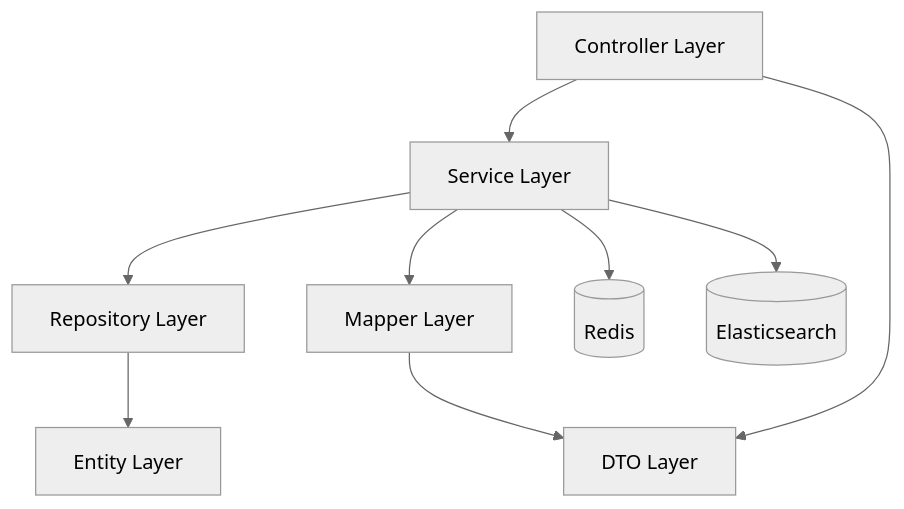
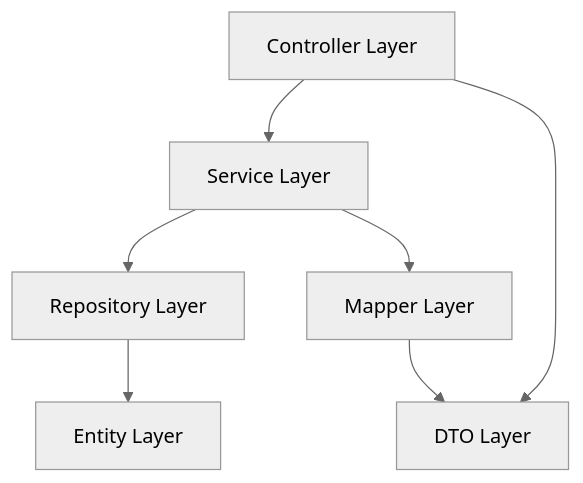
The second of 4 diagrams in README_IDATT2105_Semesterprosjekt2025.md (ntnu-blackandbrown/clozet), drawn with Mermaid (neutral theme) before and after one commit. The commit also changed other lines of this file and 1 other file, not shown here.

````diff
--- a/README_IDATT2105_Semesterprosjekt2025.md
+++ b/README_IDATT2105_Semesterprosjekt2025.md
@@ -252,11 +250,9 @@
 ```mermaid
 graph TB
     Controller[Controller Layer] --> Service[Service Layer]
     Service --> Repository[Repository Layer]
     Service --> Mapper[Mapper Layer]
     Repository --> Entity[Entity Layer]
     Mapper --> DTO[DTO Layer]
     Controller --> DTO
-    Service --> Cache[(Redis)]
-    Service --> Search[(Elasticsearch)]
 ```
````
